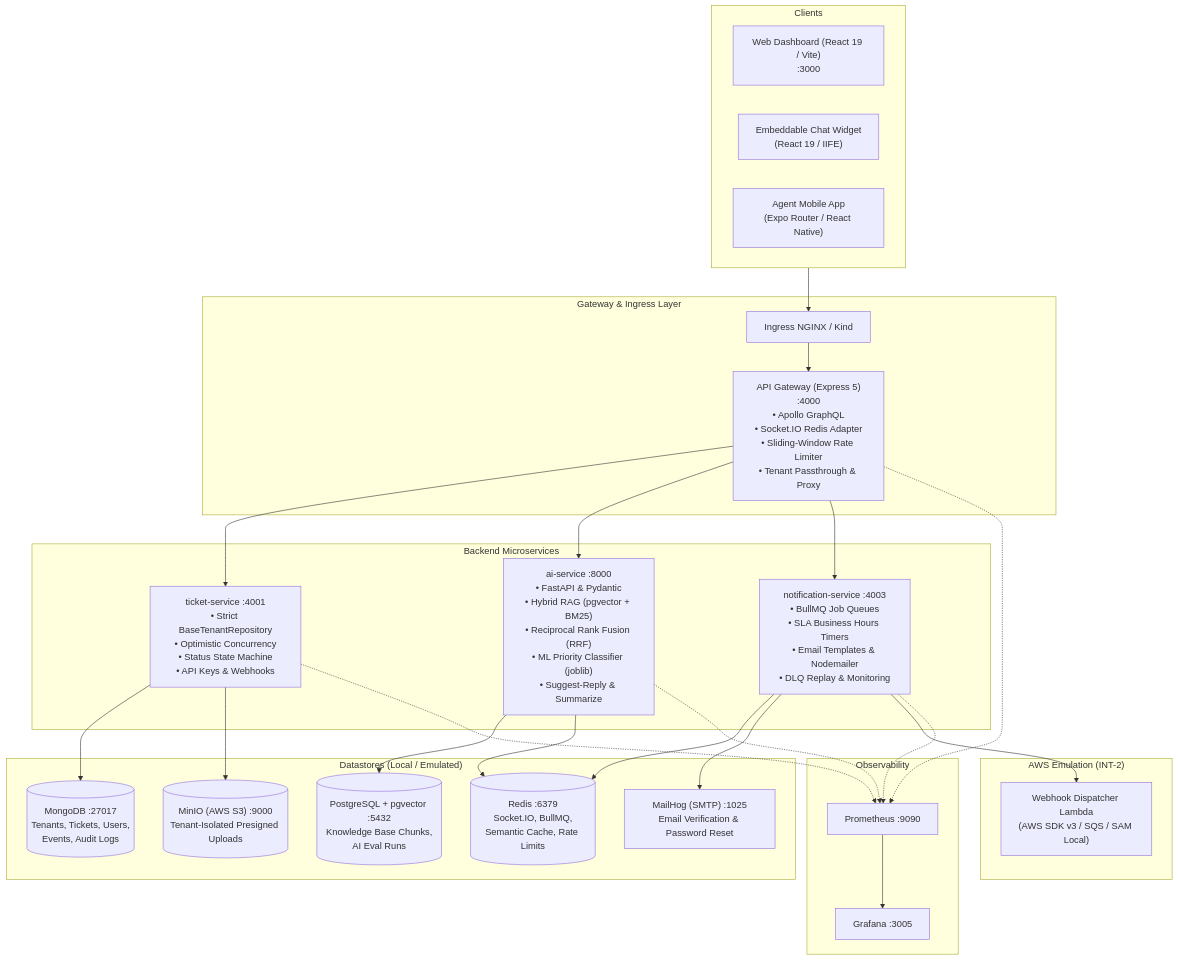
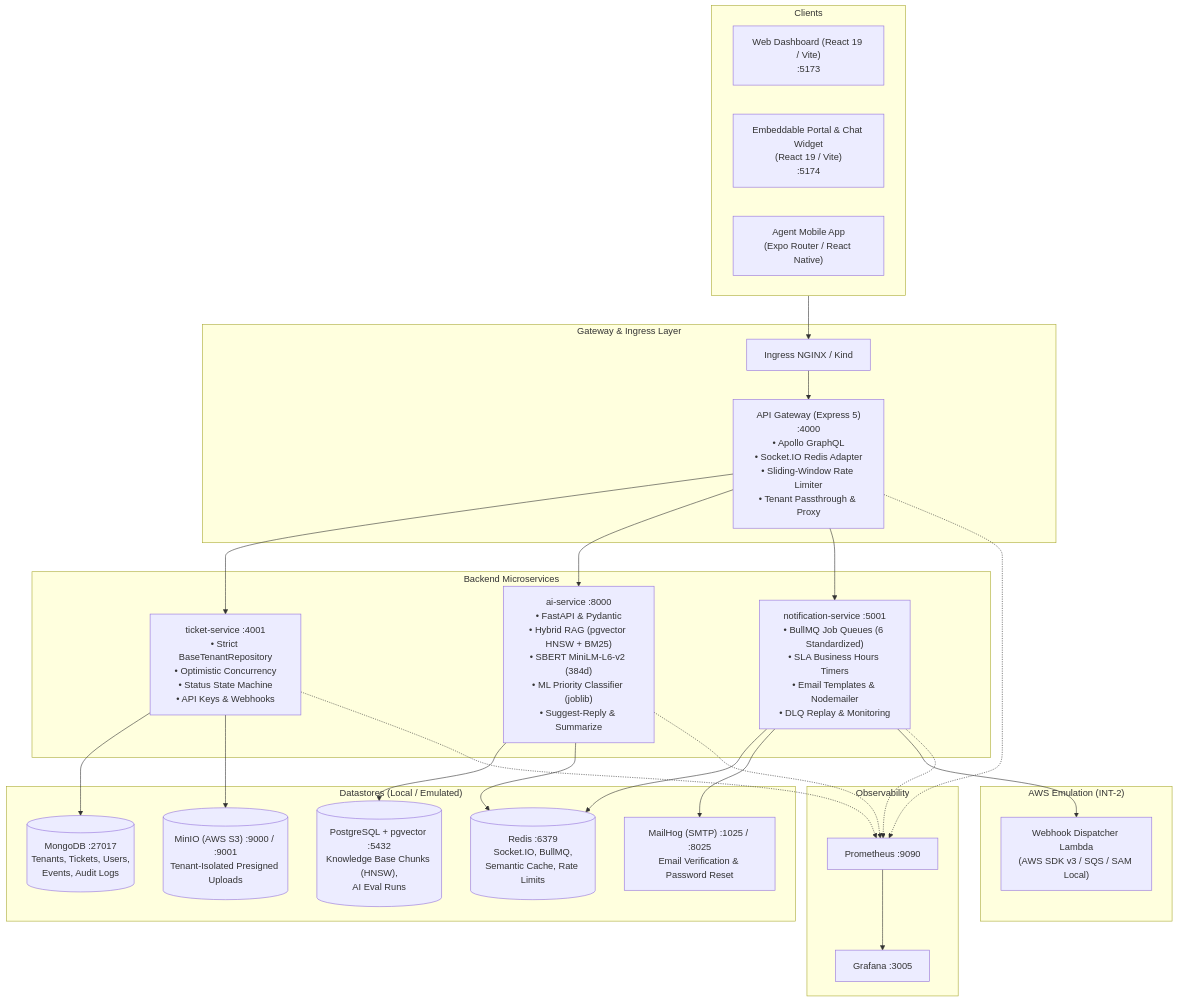
The diagram in README.md (Vrund-11/ai_support_system), drawn with Mermaid before and after one commit. The commit also changed other lines of this file and 305 other files, not shown here.

````diff
--- a/README.md
+++ b/README.md
@@ -11,55 +18,55 @@
 ```mermaid
 flowchart TD
     subgraph Clients["Clients"]
-        Web["Web Dashboard (React 19 / Vite)<br/>:3000"]
-        Widget["Embeddable Chat Widget<br/>(React 19 / IIFE)"]
+        Web["Web Dashboard (React 19 / Vite)<br/>:5173"]
+        Widget["Embeddable Portal & Chat Widget<br/>(React 19 / Vite)<br/>:5174"]
         Mobile["Agent Mobile App<br/>(Expo Router / React Native)"]
     end
 
     subgraph Edge["Gateway & Ingress Layer"]
         Ingress["Ingress NGINX / Kind"]
         Gateway["API Gateway (Express 5)<br/>:4000<br/>• Apollo GraphQL<br/>• Socket.IO Redis Adapter<br/>• Sliding-Window Rate Limiter<br/>• Tenant Passthrough & Proxy"]
     end
 
     subgraph Microservices["Backend Microservices"]
         TicketService["ticket-service :4001<br/>• Strict BaseTenantRepository<br/>• Optimistic Concurrency<br/>• Status State Machine<br/>• API Keys & Webhooks"]
-        AIService["ai-service :8000<br/>• FastAPI & Pydantic<br/>• Hybrid RAG (pgvector + BM25)<br/>• Reciprocal Rank Fusion (RRF)<br/>• ML Priority Classifier (joblib)<br/>• Suggest-Reply & Summarize"]
-        NotifService["notification-service :4003<br/>• BullMQ Job Queues<br/>• SLA Business Hours Timers<br/>• Email Templates & Nodemailer<br/>• DLQ Replay & Monitoring"]
+        AIService["ai-service :8000<br/>• FastAPI & Pydantic<br/>• Hybrid RAG (pgvector HNSW + BM25)<br/>• SBERT MiniLM-L6-v2 (384d)<br/>• ML Priority Classifier (joblib)<br/>• Suggest-Reply & Summarize"]
+        NotifService["notification-service :5001<br/>• BullMQ Job Queues (6 Standardized)<br/>• SLA Business Hours Timers<br/>• Email Templates & Nodemailer<br/>• DLQ Replay & Monitoring"]
     end
 
     subgraph Datastores["Datastores (Local / Emulated)"]
         Mongo[("MongoDB :27017<br/>Tenants, Tickets, Users,<br/>Events, Audit Logs")]
-        Postgres[("PostgreSQL + pgvector :5432<br/>Knowledge Base Chunks,<br/>AI Eval Runs")]
+        Postgres[("PostgreSQL + pgvector :5432<br/>Knowledge Base Chunks (HNSW),<br/>AI Eval Runs")]
         Redis[("Redis :6379<br/>Socket.IO, BullMQ,<br/>Semantic Cache, Rate Limits")]
-        MinIO[("MinIO (AWS S3) :9000<br/>Tenant-Isolated Presigned Uploads")]
-        MailHog["MailHog (SMTP) :1025<br/>Email Verification & Password Reset"]
+        MinIO[("MinIO (AWS S3) :9000 / :9001<br/>Tenant-Isolated Presigned Uploads")]
+        MailHog["MailHog (SMTP) :1025 / :8025<br/>Email Verification & Password Reset"]
     end
 
     subgraph Serverless["AWS Emulation (INT-2)"]
         Lambda["Webhook Dispatcher Lambda<br/>(AWS SDK v3 / SQS / SAM Local)"]
     end
 
     subgraph Observability["Observability"]
         Prometheus["Prometheus :9090"]
         Grafana["Grafana :3005"]
     end
 
     Clients --> Ingress --> Gateway
     Gateway --> TicketService
     Gateway --> AIService
     Gateway --> NotifService
 
     TicketService --> Mongo
     TicketService --> MinIO
     AIService --> Postgres
     AIService --> Redis
     NotifService --> Redis
     NotifService --> MailHog
     NotifService --> Lambda
 
     Gateway -.-> Prometheus
     TicketService -.-> Prometheus
     AIService -.-> Prometheus
     NotifService -.-> Prometheus
     Prometheus --> Grafana
 ```
````
